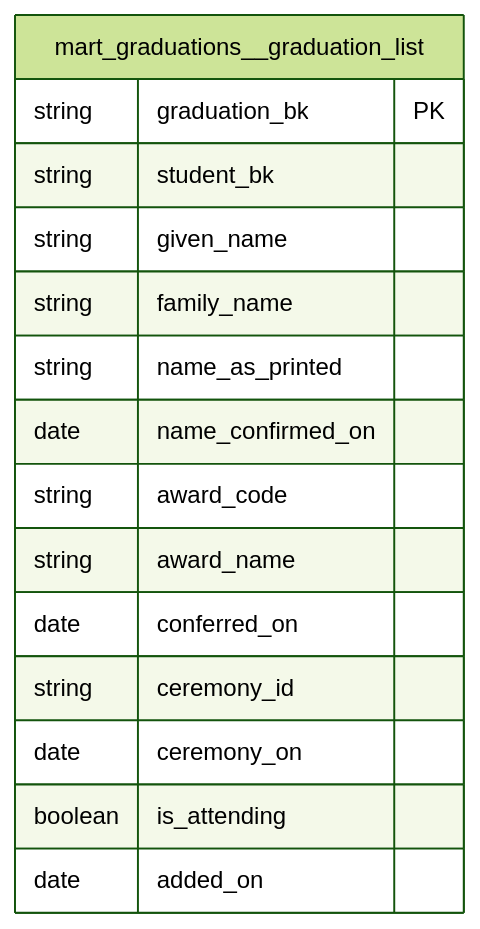
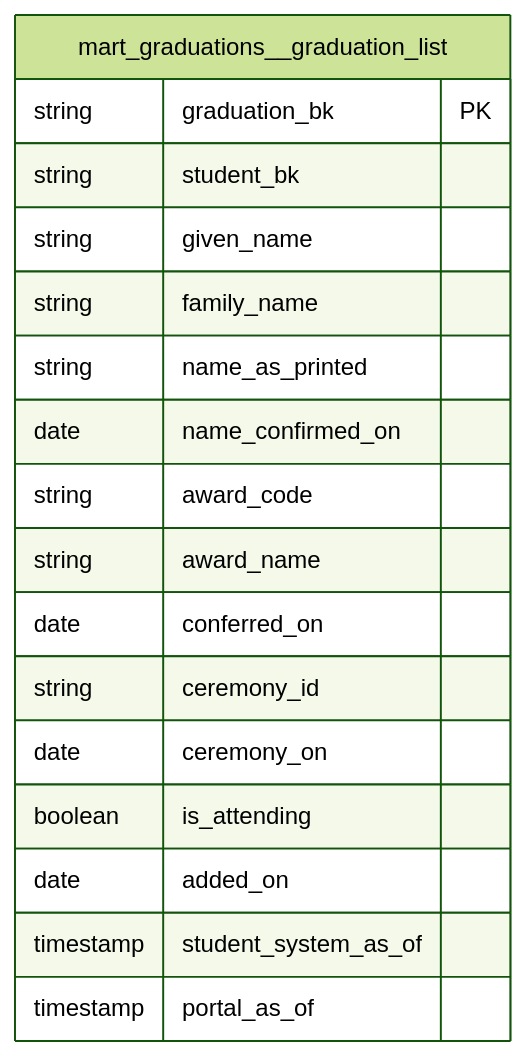
The diagram in films/analytics-engineering/project/models/marts/graduations/_graduations__physical.md (roanboc/learning-data), drawn with Mermaid (forest theme) before and after one commit. The commit also changed 72 other files, not shown here.

````diff
--- a/films/analytics-engineering/project/models/marts/graduations/_graduations__physical.md
+++ b/films/analytics-engineering/project/models/marts/graduations/_graduations__physical.md
@@ -7,18 +7,20 @@
 ```mermaid
 erDiagram
     mart_graduations__graduation_list {
         string graduation_bk PK
         string student_bk
         string given_name
         string family_name
         string name_as_printed
         date name_confirmed_on
         string award_code
         string award_name
         date conferred_on
         string ceremony_id
         date ceremony_on
         boolean is_attending
         date added_on
+        timestamp student_system_as_of
+        timestamp portal_as_of
     }
 ```
````
